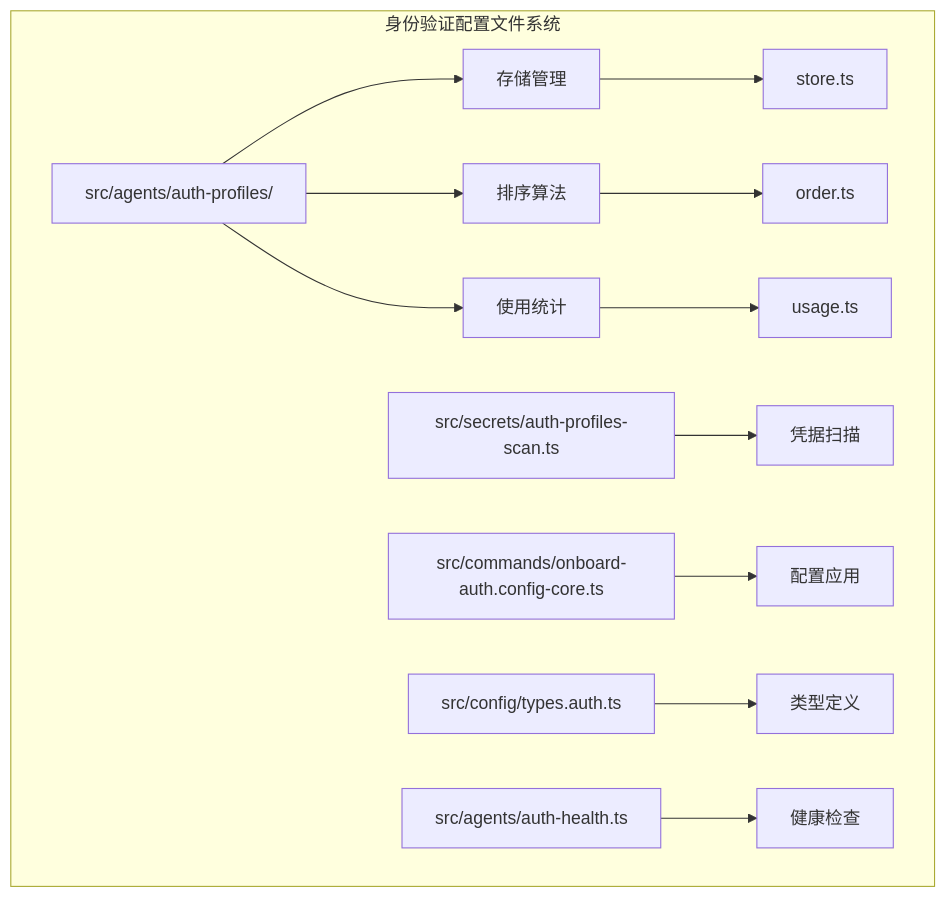
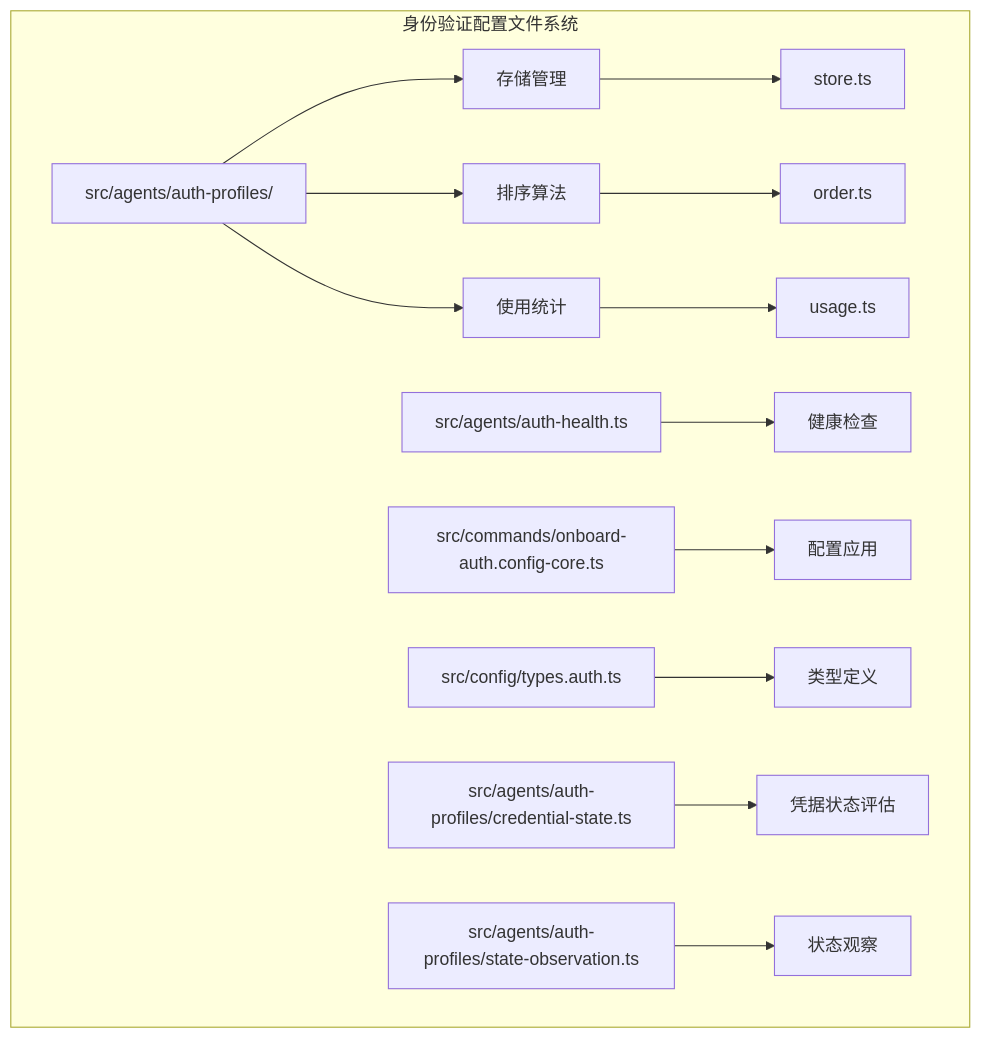
Before and after one commit to verse-ai-org/openclaw: the first of 9 diagrams in .qoder/repowiki/zh/content/Temporary Authentication Profiles.md, drawn with Mermaid. The commit also changed other lines of this file and 23 other files, not shown here.

````diff
--- a/.qoder/repowiki/zh/content/Temporary Authentication Profiles.md
+++ b/.qoder/repowiki/zh/content/Temporary Authentication Profiles.md
@@ -44,15 +46,16 @@
 ```mermaid
 graph TB
 subgraph "身份验证配置文件系统"
 A[src/agents/auth-profiles/] --> B[存储管理]
 A --> C[排序算法]
 A --> D[使用统计]
 B --> B1[store.ts]
 C --> C1[order.ts]
 D --> D1[usage.ts]
-E[src/secrets/auth-profiles-scan.ts] --> F[凭据扫描]
+E[src/agents/auth-health.ts] --> F[健康检查]
 G[src/commands/onboard-auth.config-core.ts] --> H[配置应用]
 I[src/config/types.auth.ts] --> J[类型定义]
-K[src/agents/auth-health.ts] --> L[健康检查]
+K[src/agents/auth-profiles/credential-state.ts] --> L[凭据状态评估]
+M[src/agents/auth-profiles/state-observation.ts] --> N[状态观察]
 end
 ```
````
